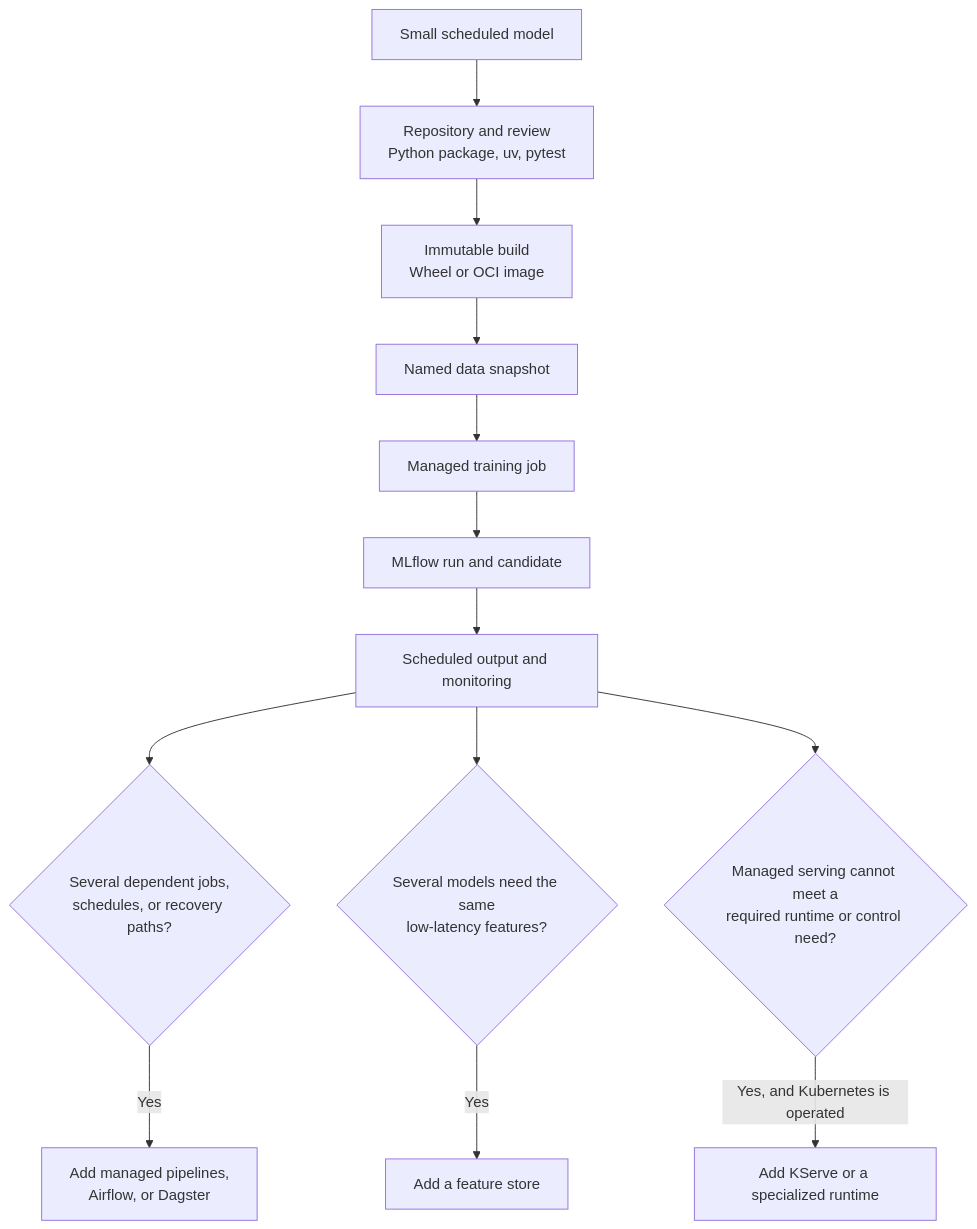
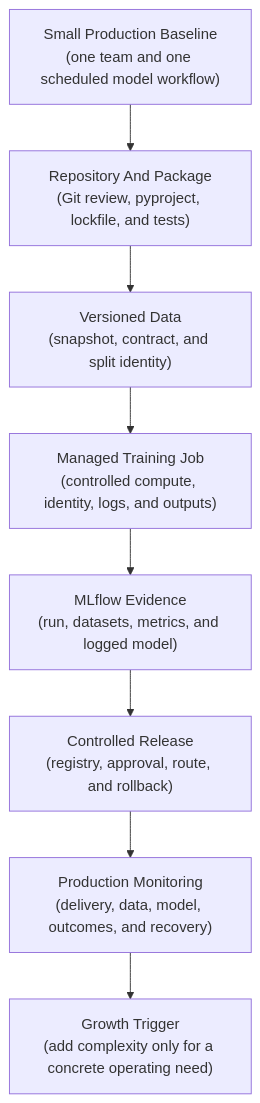
One commit to senlinyy/dev-roadmaps changed the sixth of 6 diagrams in roadmaps/mlops/modules/mlops-foundations/teams-and-workflow/02-notebook-to-production-workflow.md. Above: the diagram before and after it, drawn with Mermaid. The commit also changed other lines of this file and 152 other files, not shown here.

Commit message:
feat: mlops and diagrams updated

````diff
--- a/roadmaps/mlops/modules/mlops-foundations/teams-and-workflow/02-notebook-to-production-workflow.md
+++ b/roadmaps/mlops/modules/mlops-foundations/teams-and-workflow/02-notebook-to-production-workflow.md
@@ -360,15 +554,14 @@
 ```mermaid
 flowchart TD
-    A["Small scheduled model"] --> B["Repository and review<br/>Python package, uv, pytest"]
-    B --> C["Immutable build<br/>Wheel or OCI image"]
-    C --> D["Named data snapshot"]
-    D --> E["Managed training job"]
-    E --> F["MLflow run and candidate"]
-    F --> G["Scheduled output and monitoring"]
-    G --> H{"Several dependent jobs,<br/>schedules, or recovery paths?"}
-    H -->|"Yes"| I["Add managed pipelines,<br/>Airflow, or Dagster"]
-    G --> J{"Several models need the same<br/>low-latency features?"}
-    J -->|"Yes"| K["Add a feature store"]
-    G --> L{"Managed serving cannot meet a<br/>required runtime or control need?"}
-    L -->|"Yes, and Kubernetes is operated"| M["Add KServe or a specialized runtime"]
+    A["Small Production Baseline<br/>(one team and one scheduled model workflow)"] --> B["Repository And Package<br/>(Git review, pyproject, lockfile, and tests)"]
+    B --> C["Versioned Data<br/>(snapshot, contract, and split identity)"]
+    C --> D["Managed Training Job<br/>(controlled compute, identity, logs, and outputs)"]
+    D --> E["MLflow Evidence<br/>(run, datasets, metrics, and logged model)"]
+    E --> F["Controlled Release<br/>(registry, approval, route, and rollback)"]
+    F --> G["Production Monitoring<br/>(delivery, data, model, outcomes, and recovery)"]
+    G --> H["Growth Trigger<br/>(add complexity only for a concrete operating need)"]
+
+    class A base;
+    class B,C,D,E workflow;
+    class F,G,H release;
 ```
````
